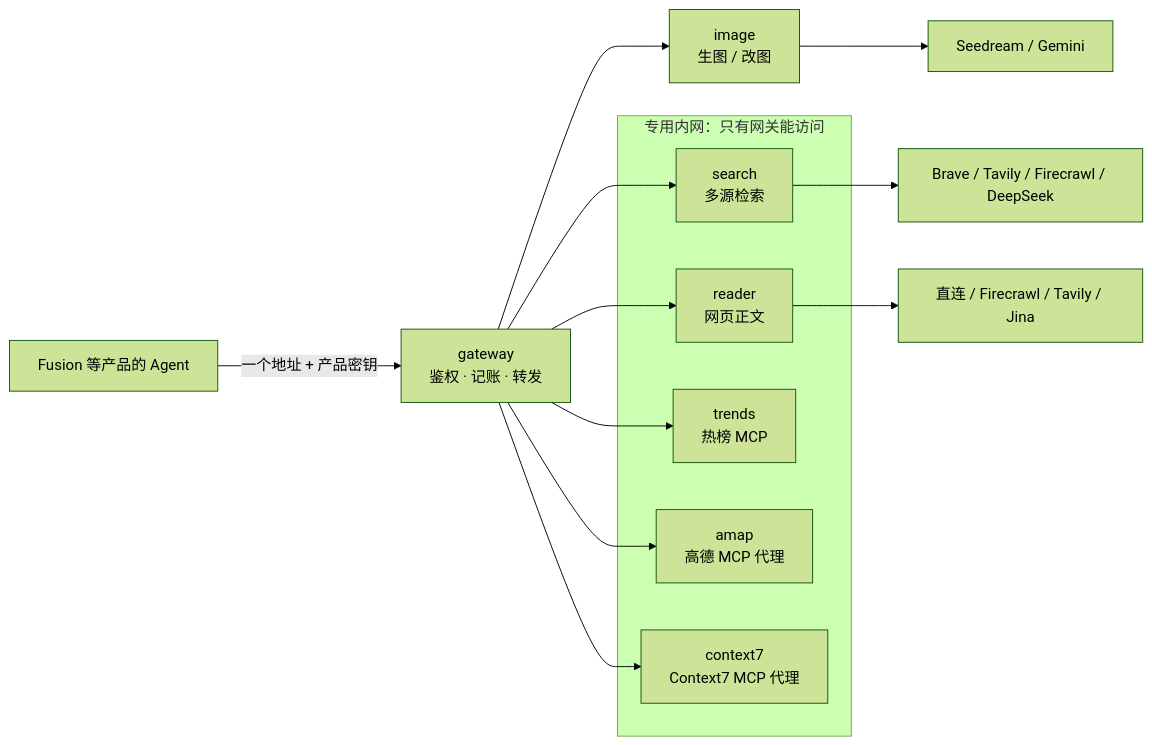
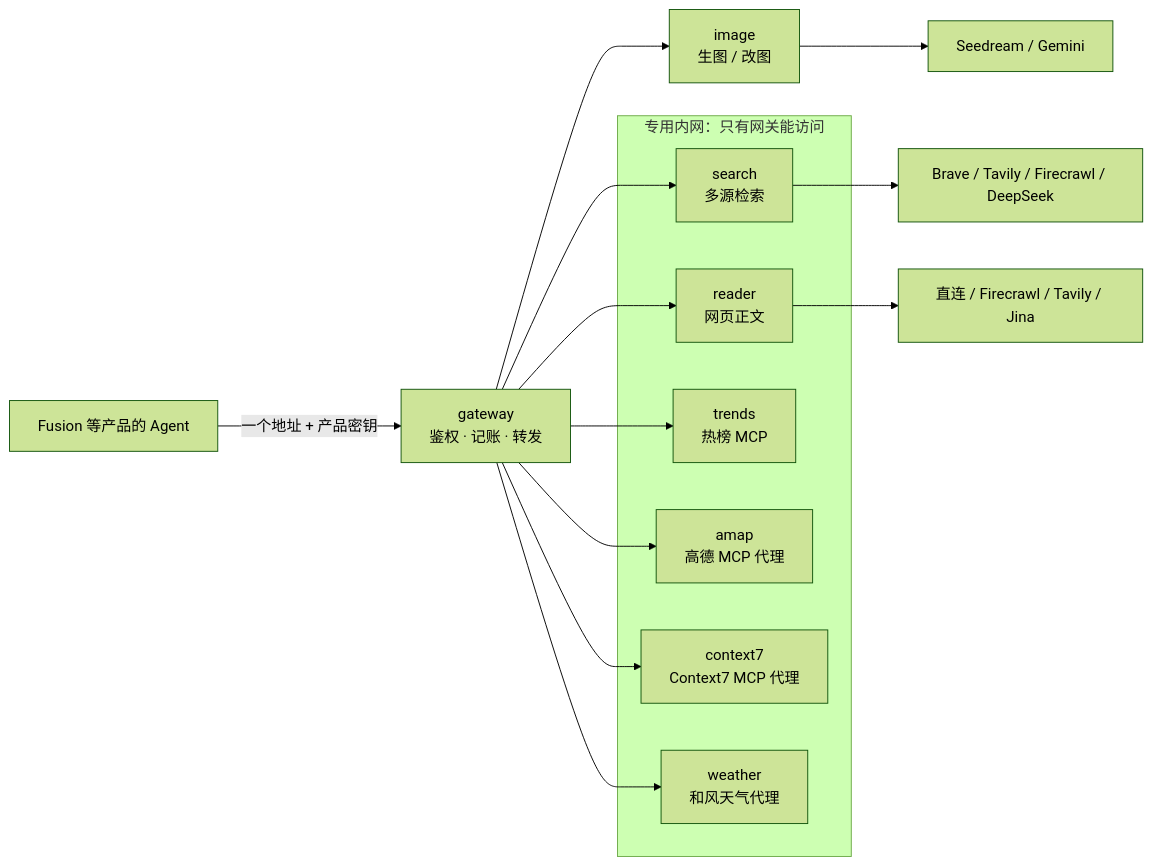
The diagram in README.md (HyxiaoGe/agent-tools), drawn with Mermaid (forest theme) before and after one commit. The commit also changed other lines of this file and 25 other files, not shown here.

````diff
--- a/README.md
+++ b/README.md
@@ -5,20 +5,22 @@
 ```mermaid
 flowchart LR
     P["Fusion 等产品的 Agent"] -->|"一个地址 + 产品密钥"| G["gateway<br/>鉴权 · 记账 · 转发"]
     G --> I["image<br/>生图 / 改图"]
     subgraph internal["专用内网：只有网关能访问"]
         S["search<br/>多源检索"]
         R["reader<br/>网页正文"]
         T["trends<br/>热榜 MCP"]
         A["amap<br/>高德 MCP 代理"]
         C["context7<br/>Context7 MCP 代理"]
+        W["weather<br/>和风天气代理"]
     end
     G --> S
     G --> R
     G --> T
     G --> A
     G --> C
+    G --> W
     I --> IP["Seedream / Gemini"]
     S --> SP["Brave / Tavily / Firecrawl / DeepSeek"]
     R --> RP["直连 / Firecrawl / Tavily / Jina"]
 ```
````
